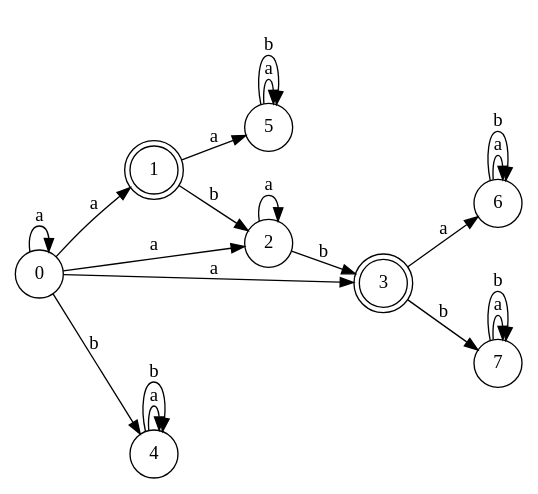
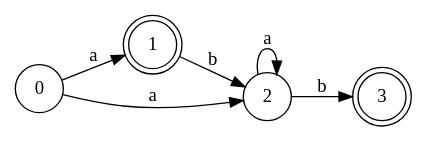
Before and after one commit to Nooosky/Licence3: the diagram in Theorie_Langages/TP/img/automaton.dot, drawn with Graphviz. The commit also changed 4 other files, not shown here.

```diff
--- a/Theorie_Langages/TP/img/automaton.dot
+++ b/Theorie_Langages/TP/img/automaton.dot
@@ -1,25 +1,11 @@
 digraph finite_state_machine {
 	rankdir=LR;
 	size="8,5";
 	node [shape = doublecircle]; 1 3;
 	node [shape = circle];
 	0 -> 1 [ label = "a" ];
 	0 -> 2 [ label = "a" ];
-	0 -> 3 [ label = "a" ];
-	0 -> 0 [ label = "a" ];
-	0 -> 4 [ label = "b" ];
-	1 -> 5 [ label = "a" ];
 	1 -> 2 [ label = "b" ];
 	2 -> 2 [ label = "a" ];
 	2 -> 3 [ label = "b" ];
-	3 -> 6 [ label = "a" ];
-	3 -> 7 [ label = "b" ];
-	4 -> 4 [ label = "a" ];
-	4 -> 4 [ label = "b" ];
-	5 -> 5 [ label = "a" ];
-	5 -> 5 [ label = "b" ];
-	6 -> 6 [ label = "a" ];
-	6 -> 6 [ label = "b" ];
-	7 -> 7 [ label = "a" ];
-	7 -> 7 [ label = "b" ];
 }
```
